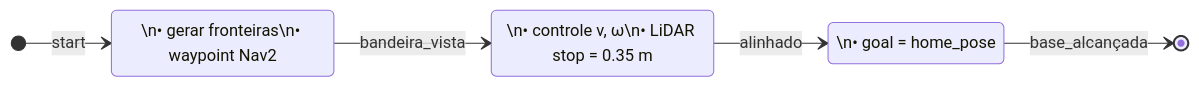
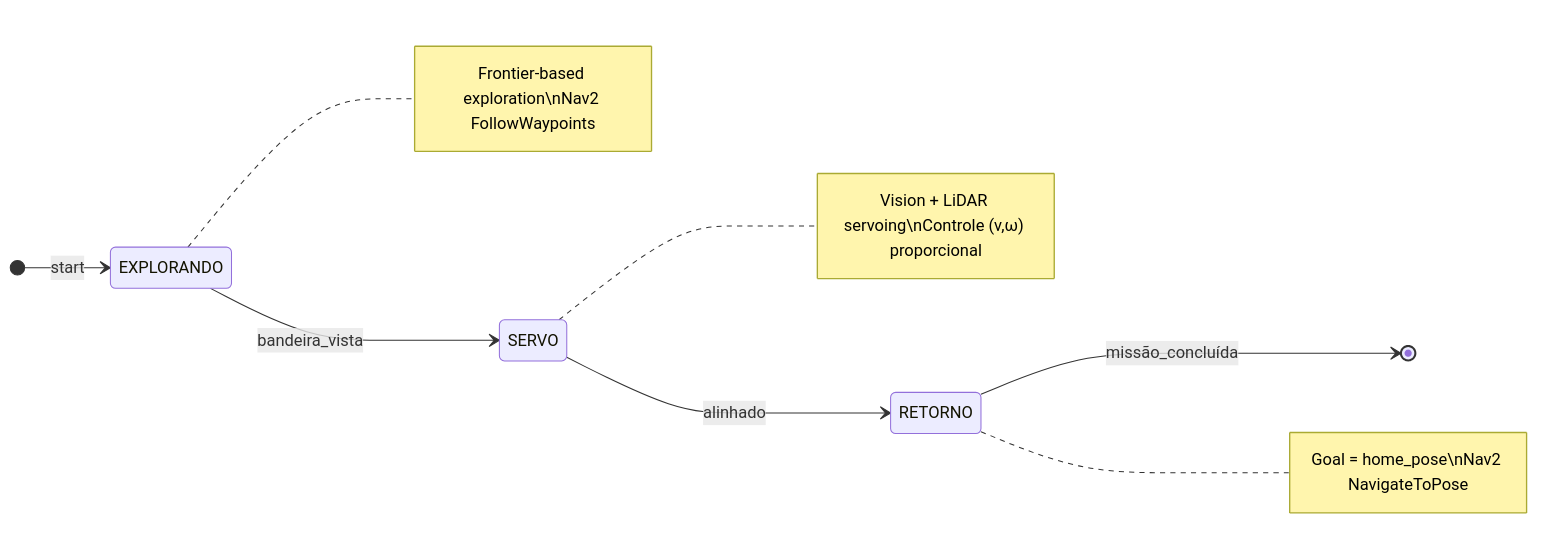
Before and after one commit to ghtormena/prm: the diagram in README.md, drawn with Mermaid. The commit also changed other lines of this file, not shown here.

````diff
--- a/README.md
+++ b/README.md
@@ -61,12 +78,21 @@
 ```mermaid
 stateDiagram-v2
-    %% Estratégia de Navegação e Controle
     direction LR
     [*] --> EXPLORANDO : start
-    EXPLORANDO : \n• gerar fronteiras\n• waypoint Nav2
     EXPLORANDO --> SERVO : bandeira_vista
-    SERVO : \n• controle v, ω\n• LiDAR stop = 0.35 m
     SERVO --> RETORNO : alinhado
-    RETORNO : \n• goal = home_pose
-    RETORNO --> [*] : base_alcançada
+    RETORNO --> [*] : missão_concluída
+
+    %% Anotações de cada estado
+    note right of EXPLORANDO
+      Frontier-based exploration\nNav2 FollowWaypoints
+    end note
+
+    note right of SERVO
+      Vision + LiDAR servoing\nControle (v,ω) proporcional
+    end note
+
+    note right of RETORNO
+      Goal = home_pose\nNav2 NavigateToPose
+    end note
 ```
````
